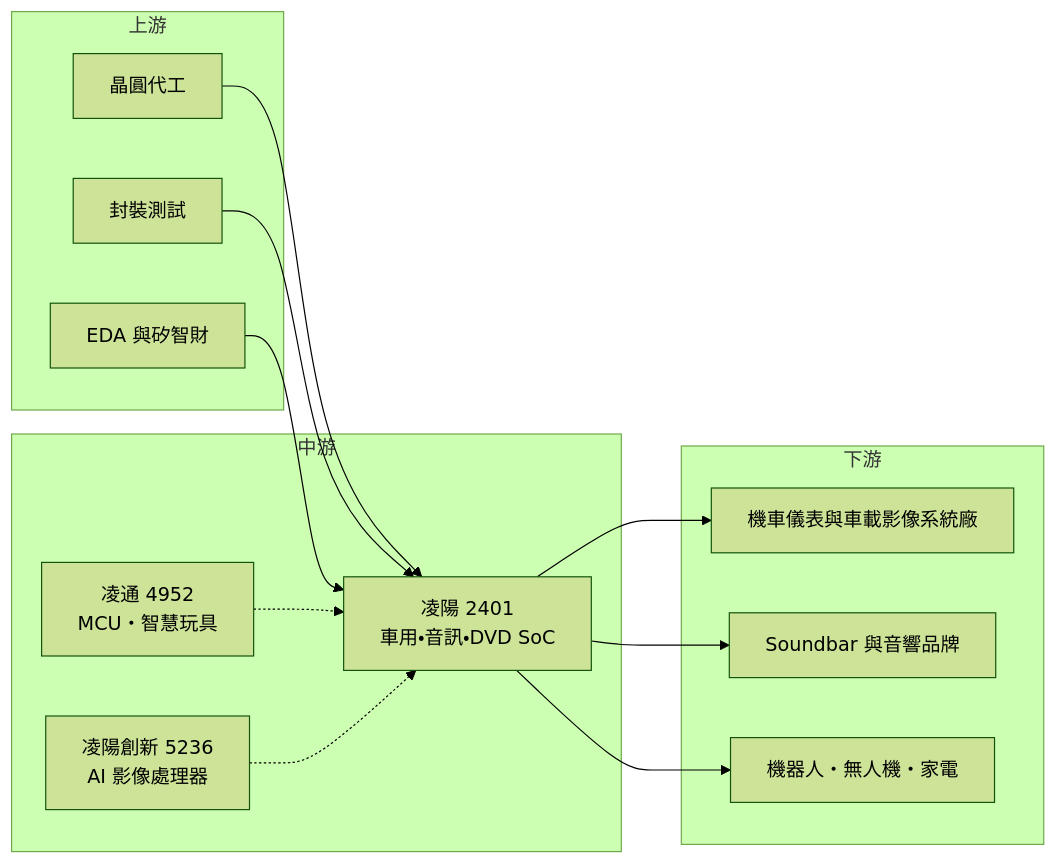
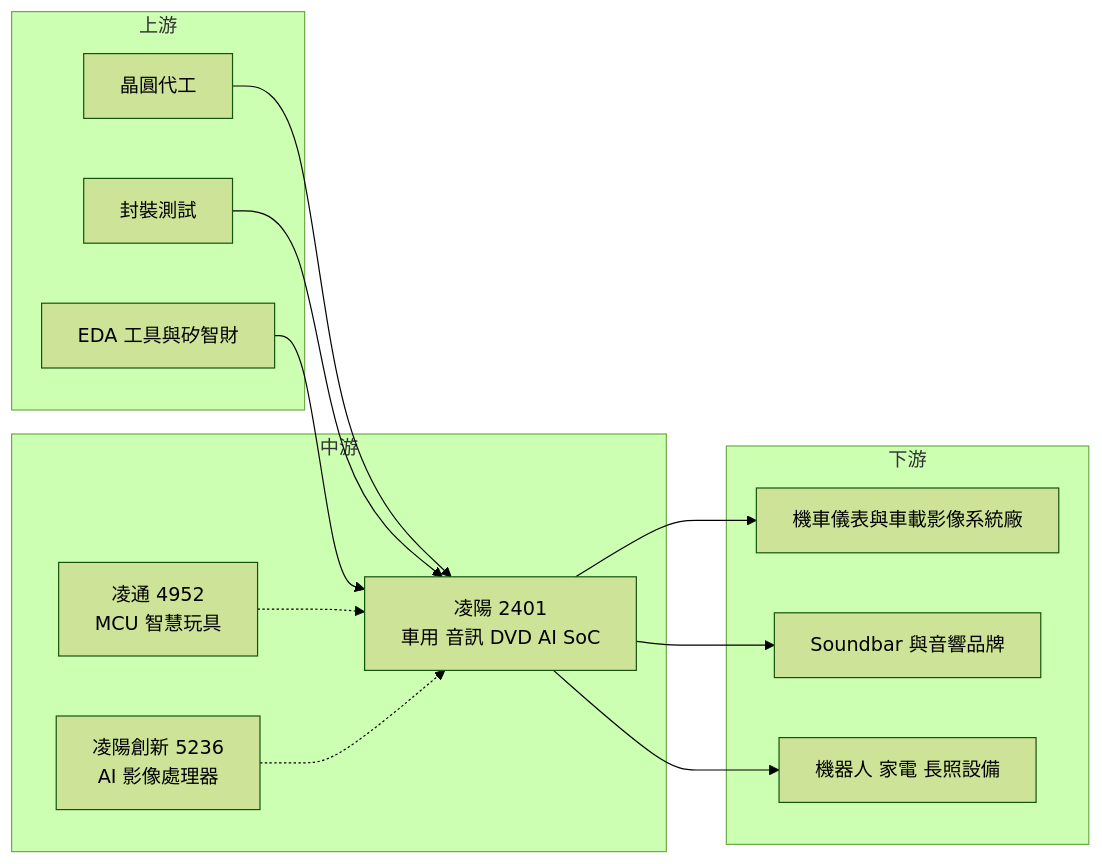
Before and after one commit to wangnick1004/taiwan-stock-vault: the fourth of 4 diagrams in 個股/台股/2401凌陽.md, drawn with Mermaid (forest theme). The commit also changed other lines of this file and 19 other files, not shown here.

````diff
--- a/個股/台股/2401凌陽.md
+++ b/個股/台股/2401凌陽.md
@@ -217,26 +227,26 @@
 ```mermaid
 flowchart LR
     subgraph 上游
         A1[晶圓代工]
         A2[封裝測試]
-        A3[EDA 與矽智財]
+        A3[EDA 工具與矽智財]
     end
     subgraph 中游
-        B[凌陽 2401<br/>車用・音訊・DVD SoC]
-        B2[凌通 4952<br/>MCU・智慧玩具]
+        B[凌陽 2401<br/>車用 音訊 DVD AI SoC]
+        B2[凌通 4952<br/>MCU 智慧玩具]
         B3[凌陽創新 5236<br/>AI 影像處理器]
     end
     subgraph 下游
         C1[機車儀表與車載影像系統廠]
         C2[Soundbar 與音響品牌]
-        C3[機器人・無人機・家電]
+        C3[機器人 家電 長照設備]
     end
     A1 --> B
     A2 --> B
     A3 --> B
     B2 -.-> B
     B3 -.-> B
     B --> C1
     B --> C2
     B --> C3
 ```
````
